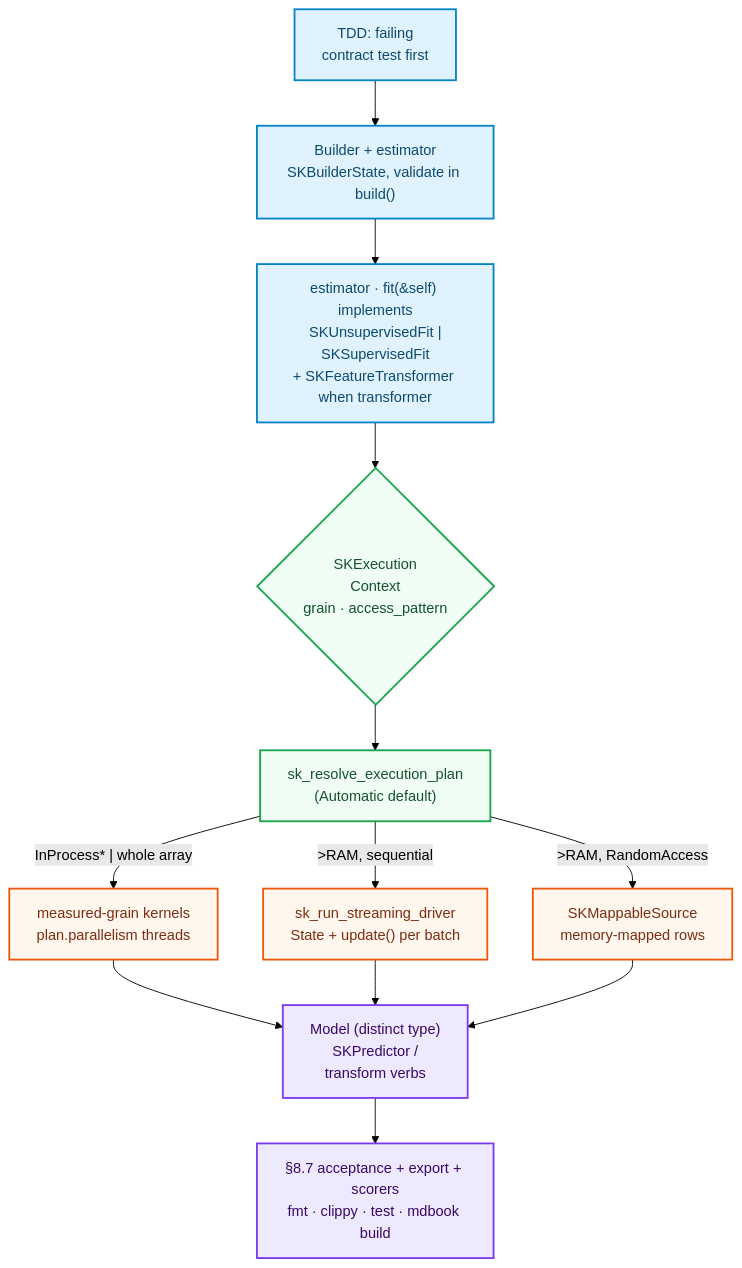
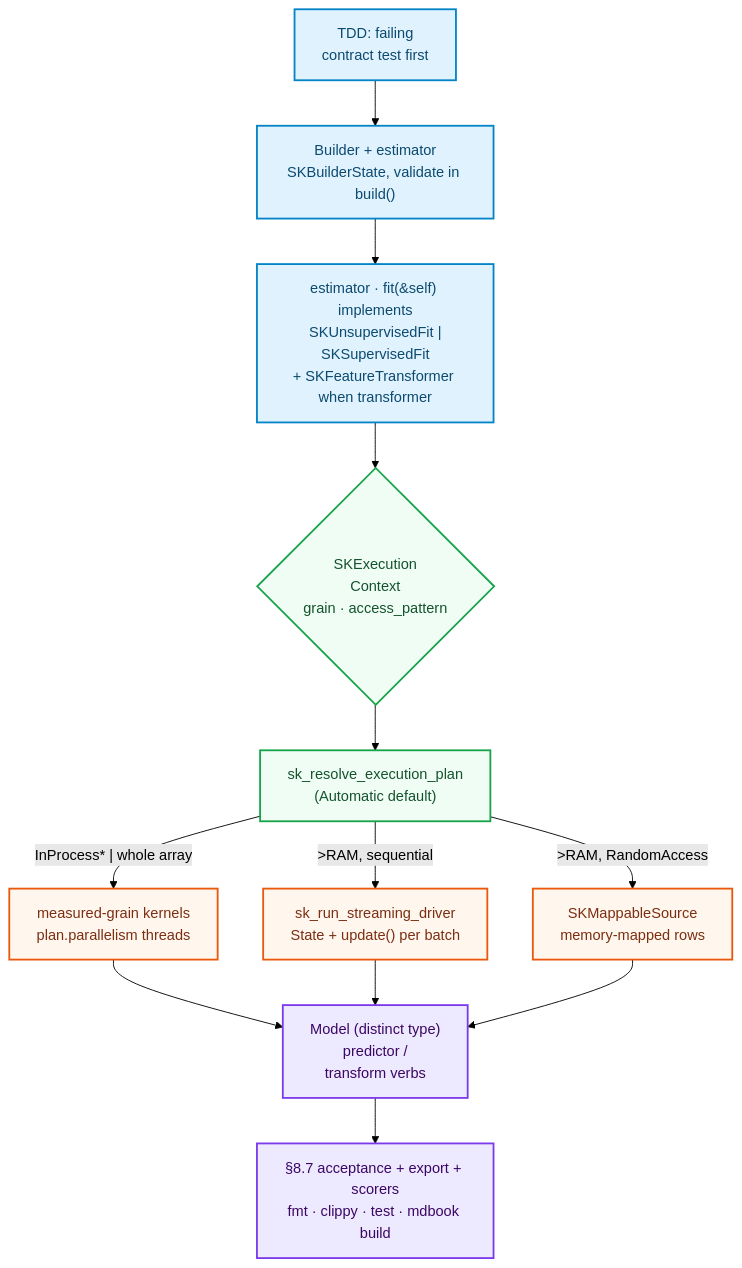
The diagram in docs/src/tutorials/how-to-add-an-algorithm.md (neurono-ml/sciencekit), drawn with Mermaid (forest theme) before and after one commit. The commit also changed other lines of this file and 4 other files, not shown here.

````diff
--- a/docs/src/tutorials/how-to-add-an-algorithm.md
+++ b/docs/src/tutorials/how-to-add-an-algorithm.md
@@ -22,22 +22,22 @@
 ```mermaid
 flowchart TD
     accTitle: The algorithm routine from failing test to acceptance
     accDescr: Test-first contract, builder plus estimator, execution planning across three regimes, model export, and PRD section 8.7 acceptance gates.
     classDef buildNode fill:#e0f2fe,stroke:#0284c7,color:#0c4a6e,stroke-width:2px
     classDef planNode fill:#f0fdf4,stroke:#16a34a,color:#14532d,stroke-width:2px
     classDef regNode fill:#fff7ed,stroke:#ea580c,color:#7c2d12,stroke-width:2px
     classDef outsNode fill:#ede9fe,stroke:#7c3aed,color:#3b0764,stroke-width:2px
 
     T["TDD: failing<br>contract test first"]:::buildNode
     T --> B["Builder + estimator<br>SKBuilderState, validate in build()"]:::buildNode
     B --> Fit["estimator · fit(&self) implements<br>SKUnsupervisedFit |<br>SKSupervisedFit<br>+ SKFeatureTransformer when transformer"]:::buildNode
     Fit --> P{"SKExecution<br>Context<br>grain · access_pattern"}:::planNode
     P --> PLN["sk_resolve_execution_plan<br>(Automatic default)"]:::planNode
     PLN -->|"InProcess* | whole array"| K["measured-grain kernels<br>plan.parallelism threads"]:::regNode
     PLN -->|">RAM, sequential"| Dr["sk_run_streaming_driver<br>State + update() per batch"]:::regNode
     PLN -->|">RAM, RandomAccess"| Ma["SKMappableSource<br>memory-mapped rows"]:::regNode
-    K -->     Ms["Model (distinct type)<br>SKPredictor /<br>transform verbs"]:::outsNode
+    K -->     Ms["Model (distinct type)<br>predictor /<br>transform verbs"]:::outsNode
     Dr --> Ms
     Ma --> Ms
     Ms --> Chk["§8.7 acceptance + export + scorers<br>fmt · clippy · test · mdbook build"]:::outsNode
 ```
````
